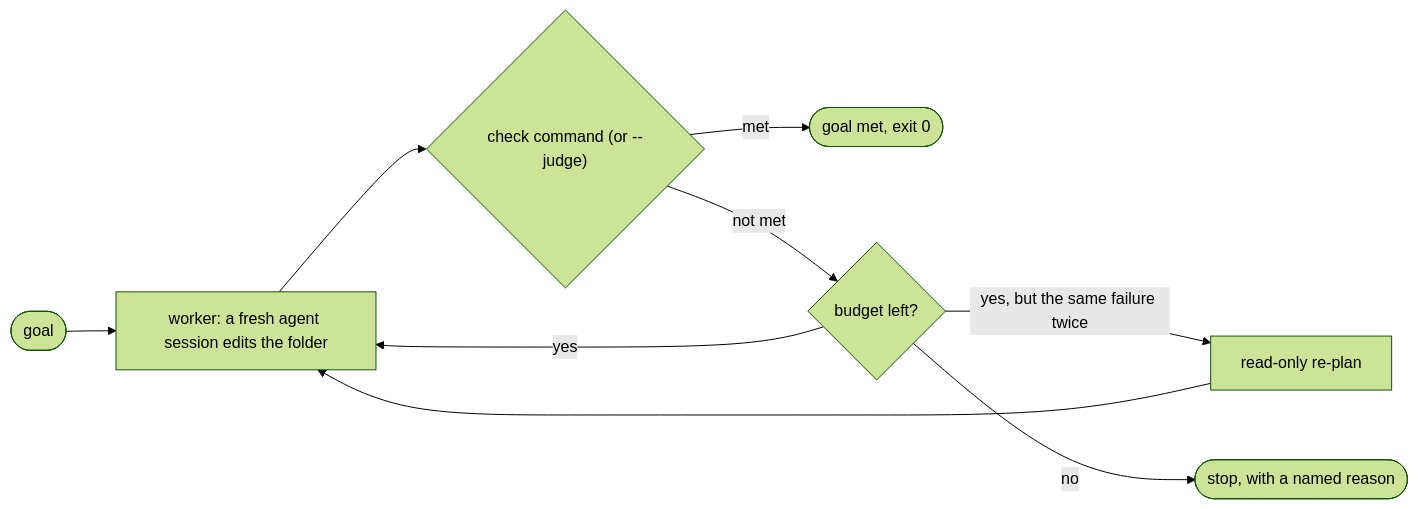
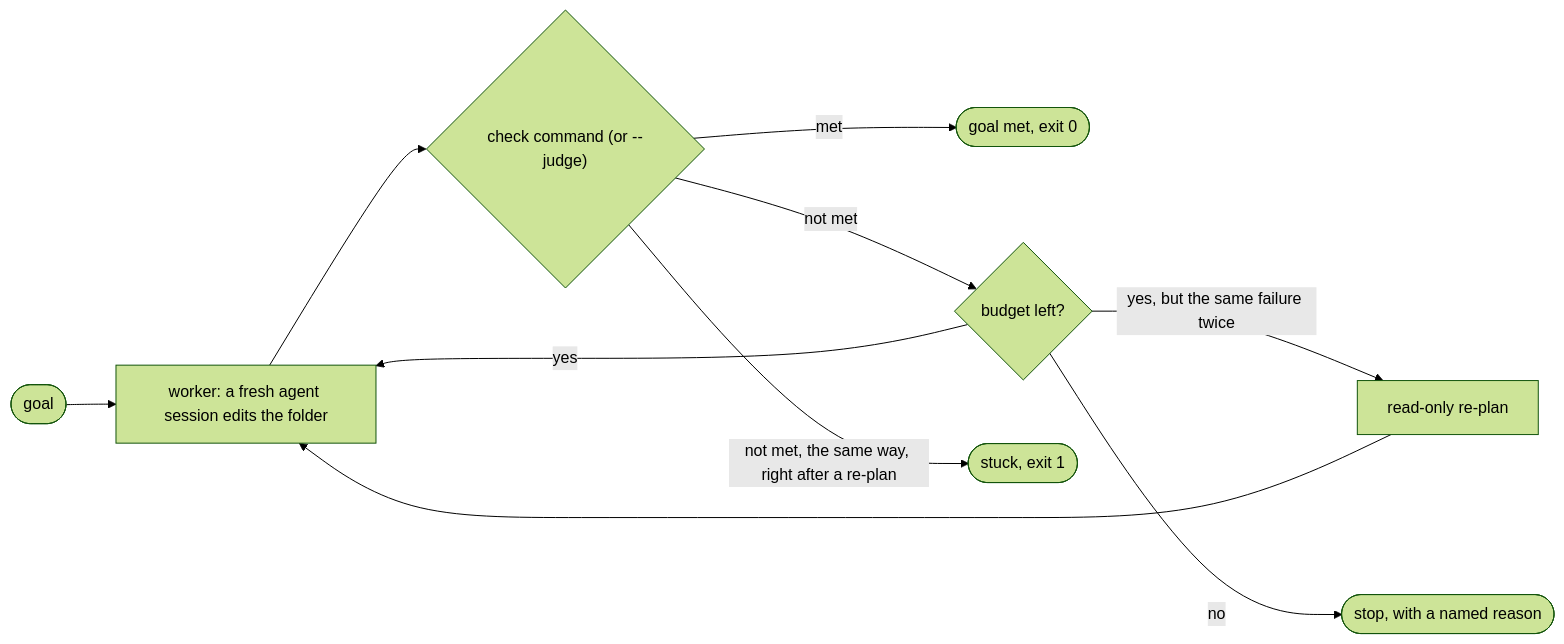
One commit to ydmitry/subgoal-skill changed the diagram in README.md. Above: the diagram before and after it, drawn with Mermaid (forest theme). The commit also changed other lines of this file and 5 other files, not shown here.

First line of the commit message:
feat: end the run as stuck when the step after a re-plan fails the same way

````diff
--- a/README.md
+++ b/README.md
@@ -29,10 +29,11 @@
 ```mermaid
 flowchart LR
     G([goal]) --> W["worker: a fresh agent session edits the folder"]
     W --> C{"check command (or --judge)"}
     C -- met --> M([goal met, exit 0])
     C -- not met --> B{budget left?}
     B -- yes --> W
     B -- "yes, but the same failure twice" --> P["read-only re-plan"] --> W
+    C -- "not met, the same way, right after a re-plan" --> X([stuck, exit 1])
     B -- no --> S([stop, with a named reason])
 ```
````
